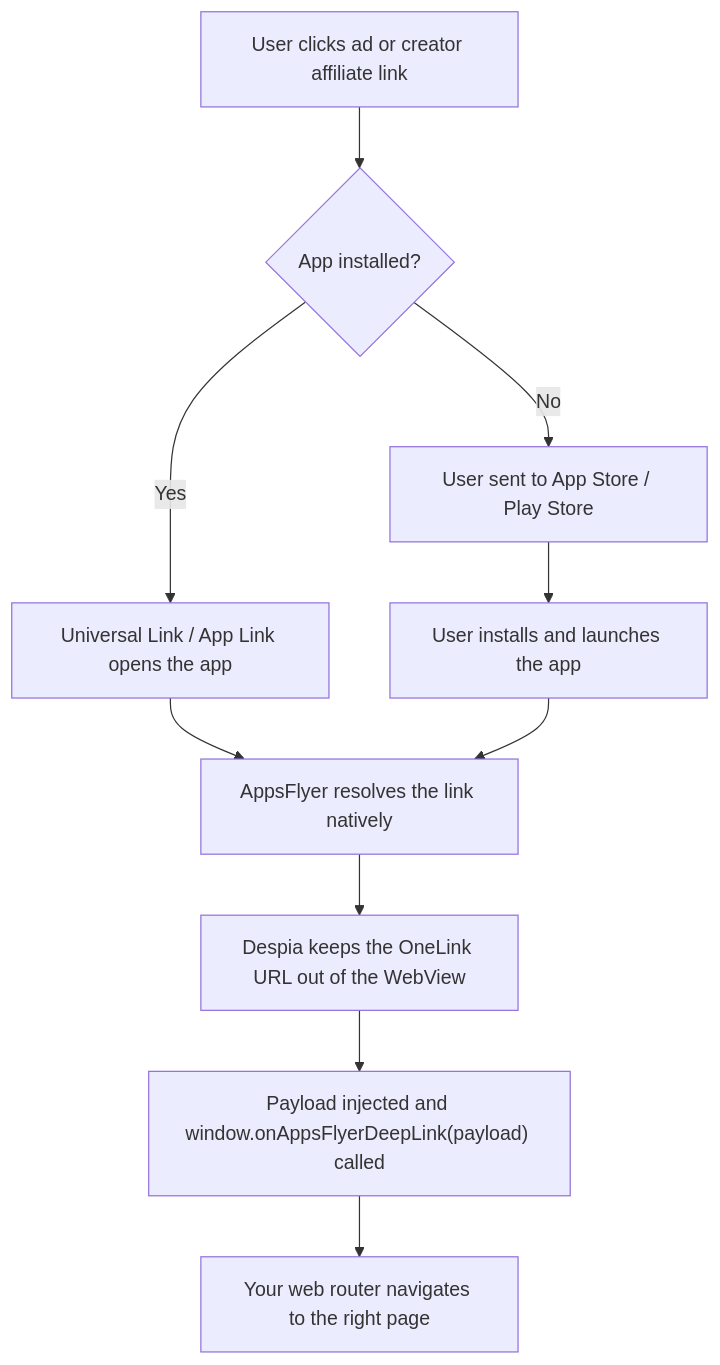
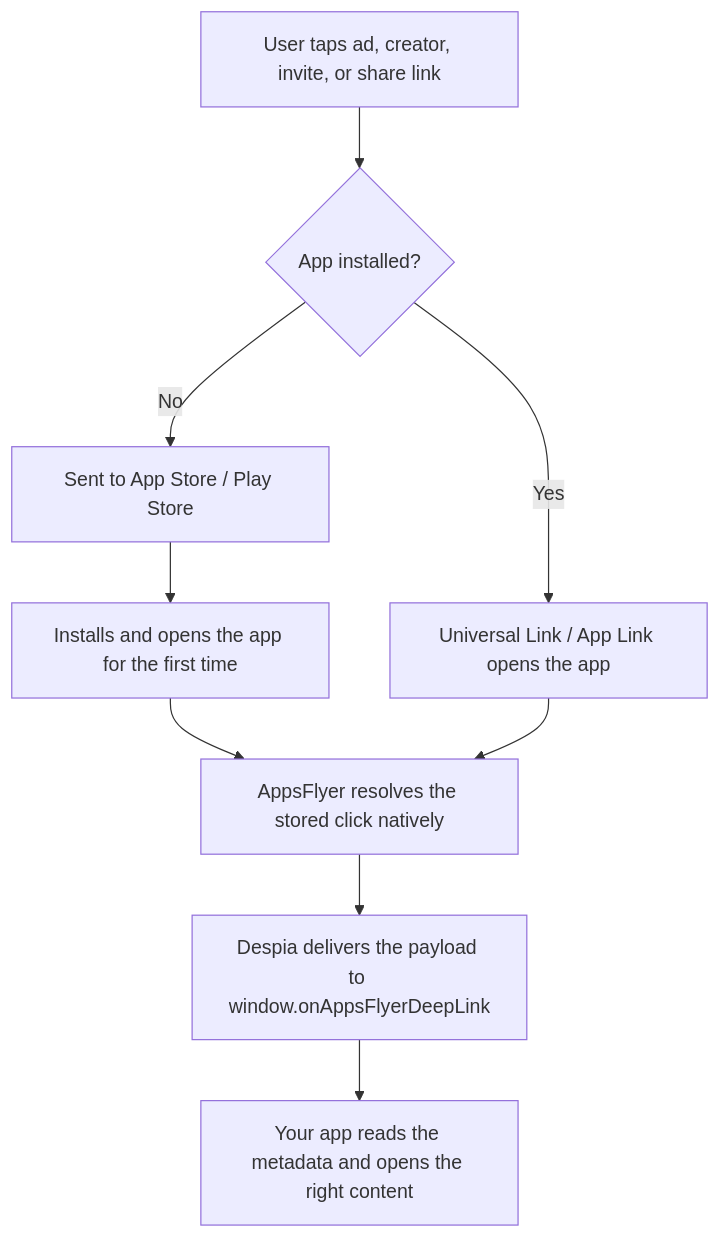
Before and after one commit to despia-native/docs: the diagram in analytics/appsflyer/deeplinking.mdx, drawn with Mermaid. The commit also changed other lines of this file and 3 other files, not shown here.

````diff
--- a/analytics/appsflyer/deeplinking.mdx
+++ b/analytics/appsflyer/deeplinking.mdx
@@ -58,12 +58,11 @@
 ```mermaid
 flowchart TD
-    A["User clicks ad or creator affiliate link"] --> B{"App installed?"}
+    A["User taps ad, creator, invite, or share link"] --> B{"App installed?"}
+    B -->|"No"| D["Sent to App Store / Play Store"]
+    D --> E["Installs and opens the app for the first time"]
     B -->|"Yes"| C["Universal Link / App Link opens the app"]
-    B -->|"No"| D["User sent to App Store / Play Store"]
-    D --> E["User installs and launches the app"]
-    C --> F["AppsFlyer resolves the link natively"]
-    E --> F
-    F --> G["Despia keeps the OneLink URL out of the WebView"]
-    G --> H["Payload injected and window.onAppsFlyerDeepLink(payload) called"]
-    H --> I["Your web router navigates to the right page"]
+    E --> F["AppsFlyer resolves the stored click natively"]
+    C --> F
+    F --> G["Despia delivers the payload to window.onAppsFlyerDeepLink"]
+    G --> H["Your app reads the metadata and opens the right content"]
 ```
````
